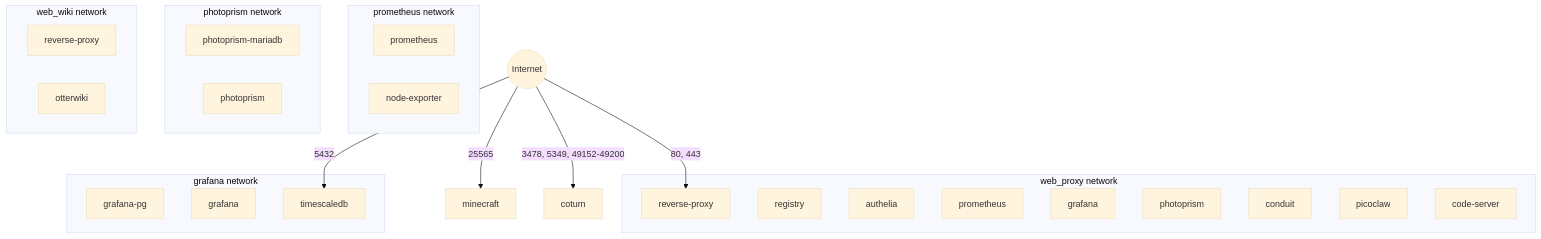
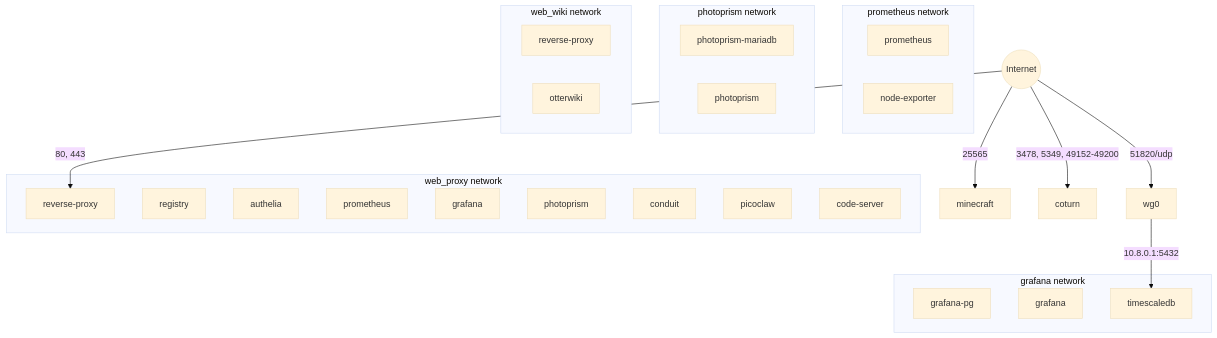
One commit to Waxolunist/ansible-docker-server changed the fourth of 6 diagrams in ARCHITECTURE.md. Above: the diagram before and after it, drawn with Mermaid (base theme). The commit also changed other lines of this file and 12 other files, not shown here.

````diff
--- a/ARCHITECTURE.md
+++ b/ARCHITECTURE.md
@@ -237,40 +240,41 @@
 ```mermaid
 graph TB
     subgraph proxy_net[web_proxy network]
         RP[reverse-proxy]
         REG[registry]
         AUTH[authelia]
         PROM[prometheus]
         GR[grafana]
         PP[photoprism]
         CO[conduit]
         PC[picoclaw]
         CS[code-server]
     end
 
     subgraph prom_net[prometheus network]
         PROM2[prometheus]
         NE[node-exporter]
     end
 
     subgraph graf_net[grafana network]
         GPG[grafana-pg]
         GR2[grafana]
         TS[timescaledb]
     end
 
     subgraph photo_net[photoprism network]
         PM[photoprism-mariadb]
         PP2[photoprism]
     end
 
     subgraph wiki_net[web_wiki network]
         RP2[reverse-proxy]
         OW[otterwiki]
     end
 
     INTERNET((Internet)) -->|80, 443| RP
     INTERNET -->|25565| MC[minecraft]
     INTERNET -->|3478, 5349, 49152-49200| CT[coturn]
-    INTERNET -->|5432| TS
+    INTERNET -->|51820/udp| WG0[wg0]
+    WG0 -->|10.8.0.1:5432| TS
 ```
````
